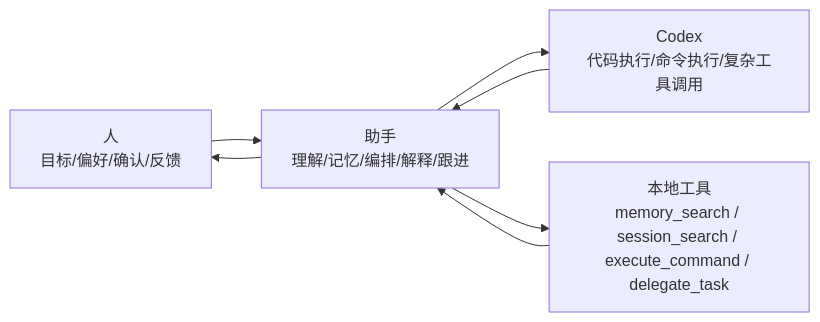
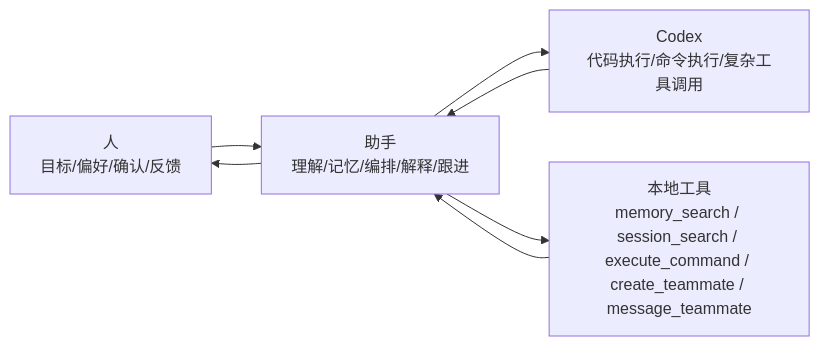
One commit to poluce/TmAgent_qt changed the diagram in docs/10_方案/15-Agent助手与Codex职责边界方案.md. Above: the diagram before and after it, drawn with Mermaid. The commit also changed other lines of this file and 30 other files, not shown here.

````diff
--- a/docs/10_方案/15-Agent助手与Codex职责边界方案.md
+++ b/docs/10_方案/15-Agent助手与Codex职责边界方案.md
@@ -43,10 +43,10 @@
 ```mermaid
 flowchart LR
     H["人<br/>目标/偏好/确认/反馈"] --> A["助手<br/>理解/记忆/编排/解释/跟进"]
     A --> C["Codex<br/>代码执行/命令执行/复杂工具调用"]
     C --> A
     A --> H
 
-    A --> T["本地工具<br/>memory_search / session_search / execute_command / delegate_task"]
+    A --> T["本地工具<br/>memory_search / session_search / execute_command / create_teammate / message_teammate"]
     T --> A
 ```
````
